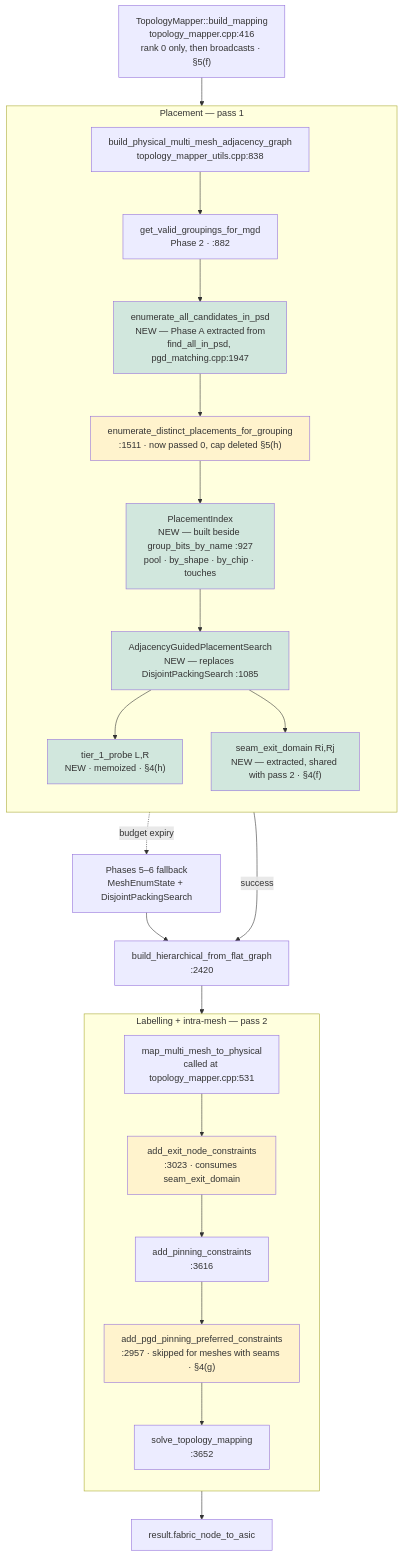
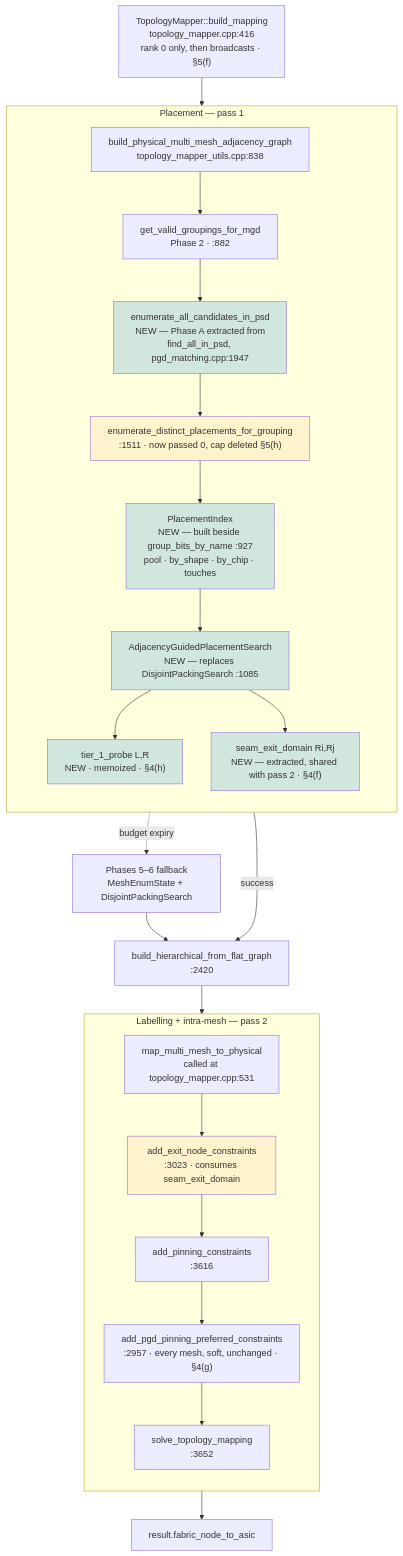
One commit to heroxcreed/tt-metal changed the seventh of 7 diagrams in tt_metal/fabric/TOPOLOGY_MAPPER_PLAN_3_CONNECTIVITY_AWARE_PGD_PLACEMENT.md. Above: the diagram before and after it, drawn with Mermaid. The commit also changed other lines of this file and 1 other file, not shown here.

````diff
--- a/tt_metal/fabric/TOPOLOGY_MAPPER_PLAN_3_CONNECTIVITY_AWARE_PGD_PLACEMENT.md
+++ b/tt_metal/fabric/TOPOLOGY_MAPPER_PLAN_3_CONNECTIVITY_AWARE_PGD_PLACEMENT.md
@@ -876,41 +953,40 @@
 ```mermaid
 flowchart TB
     TM["TopologyMapper::build_mapping<br/>topology_mapper.cpp:416<br/>rank 0 only, then broadcasts · §5(f)"]
     TM --> BP["build_physical_multi_mesh_adjacency_graph<br/>topology_mapper_utils.cpp:838"]
 
     subgraph PLACE["Placement — pass 1"]
         direction TB
         BP --> G2["get_valid_groupings_for_mgd<br/>Phase 2 · :882"]
         G2 --> EN["enumerate_all_candidates_in_psd<br/>NEW — Phase A extracted from<br/>find_all_in_psd, pgd_matching.cpp:1947"]
         EN --> ED["enumerate_distinct_placements_for_grouping<br/>:1511 · now passed 0, cap deleted §5(h)"]
         ED --> PI["PlacementIndex<br/>NEW — built beside group_bits_by_name :927<br/>pool · by_shape · by_chip · touches"]
         PI --> AG["AdjacencyGuidedPlacementSearch<br/>NEW — replaces DisjointPackingSearch :1085"]
         AG --> T1["tier_1_probe L,R<br/>NEW · memoized · §4(h)"]
         AG --> SD["seam_exit_domain Ri,Rj<br/>NEW — extracted, shared with pass 2 · §4(f)"]
     end
 
     AG -->|"success"| BH["build_hierarchical_from_flat_graph<br/>:2420"]
     AG -.->|"budget expiry"| FB["Phases 5–6 fallback<br/>MeshEnumState + DisjointPackingSearch"]
     FB --> BH
 
     BH --> MM["map_multi_mesh_to_physical<br/>called at topology_mapper.cpp:531"]
 
     subgraph P2["Labelling + intra-mesh — pass 2"]
         direction TB
         MM --> AE["add_exit_node_constraints<br/>:3023 · consumes seam_exit_domain"]
         AE --> AP["add_pinning_constraints<br/>:3616"]
-        AP --> PP["add_pgd_pinning_preferred_constraints<br/>:2957 · skipped for meshes with seams · §4(g)"]
+        AP --> PP["add_pgd_pinning_preferred_constraints<br/>:2957 · every mesh, soft, unchanged · §4(g)"]
         PP --> ST["solve_topology_mapping<br/>:3652"]
     end
 
     ST --> OUT["result.fabric_node_to_asic"]
 
     style EN fill:#d1e7dd
     style PI fill:#d1e7dd
     style AG fill:#d1e7dd
     style T1 fill:#d1e7dd
     style SD fill:#d1e7dd
     style ED fill:#fff3cd
     style AE fill:#fff3cd
-    style PP fill:#fff3cd
 ```
````
